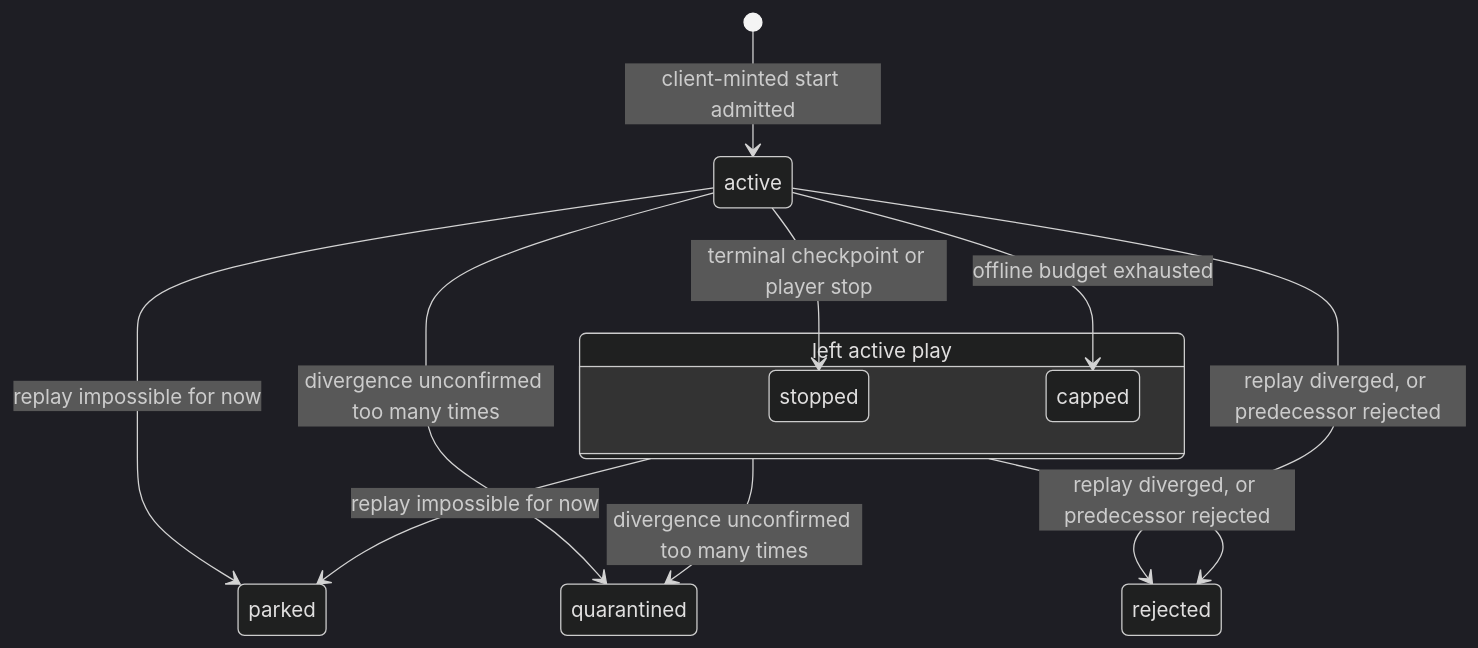
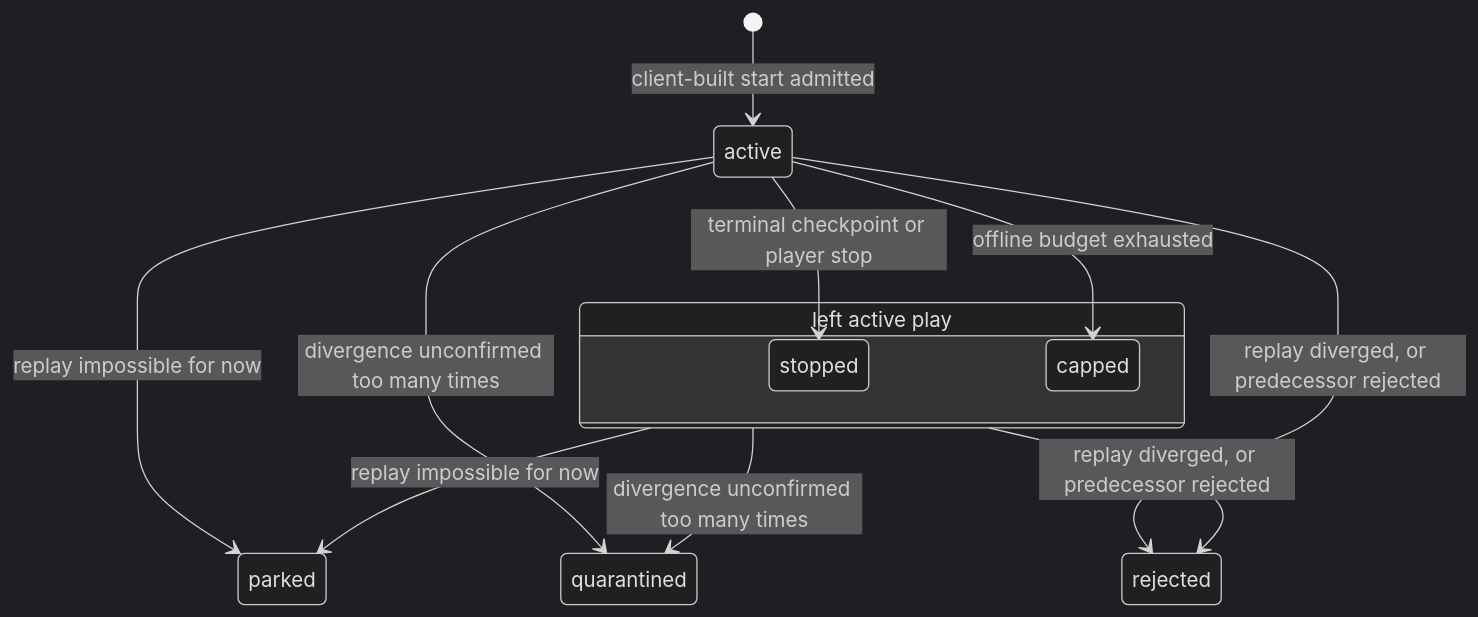
The diagram in .claude/skills/game-lifecycle/SKILL.md (zgeoff/vers), drawn with Mermaid (dark theme) before and after one commit. The commit also changed other lines of this file and 9 other files, not shown here.

````diff
--- a/.claude/skills/game-lifecycle/SKILL.md
+++ b/.claude/skills/game-lifecycle/SKILL.md
@@ -117,16 +105,16 @@
 ```mermaid
 stateDiagram-v2
-  [*] --> active: client-minted start admitted
+  [*] --> active: client-built start admitted
   state "left active play" as exited {
     stopped
     capped
   }
   active --> stopped: terminal checkpoint or player stop
   active --> capped: offline budget exhausted
   active --> parked: replay impossible for now
   exited --> parked: replay impossible for now
   active --> quarantined: divergence unconfirmed too many times
   exited --> quarantined: divergence unconfirmed too many times
   active --> rejected: replay diverged, or predecessor rejected
   exited --> rejected: replay diverged, or predecessor rejected
 ```
````
